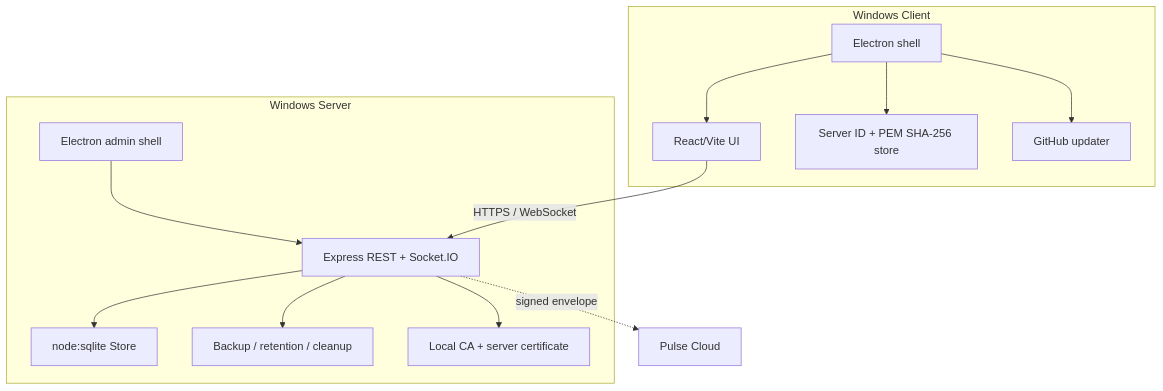
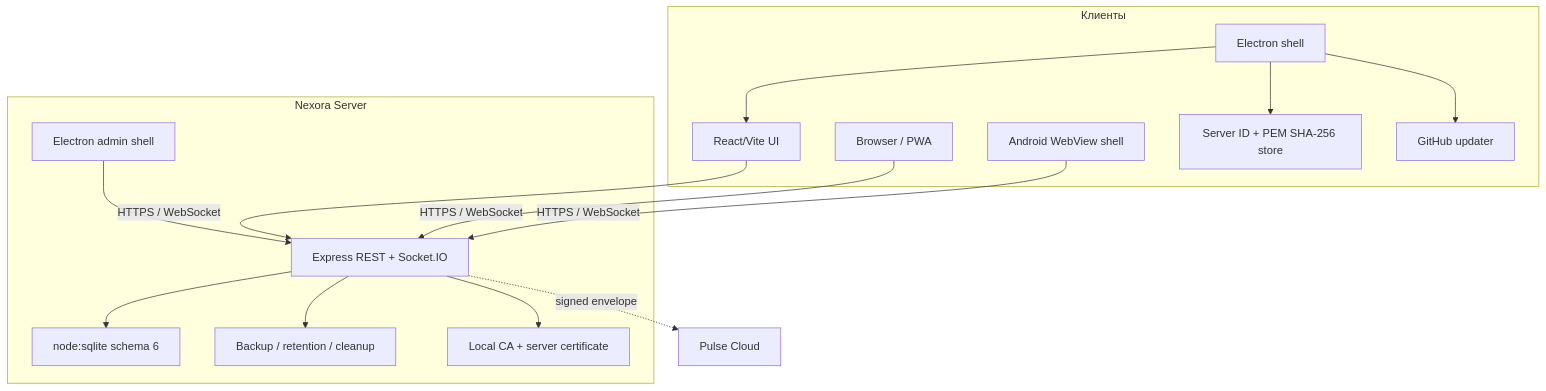
One commit to Onmaynec/Nexora changed the diagram in docs/ARCHITECTURE.md. Above: the diagram before and after it, drawn with Mermaid. The commit also changed other lines of this file and 72 other files, not shown here.

````diff
--- a/docs/ARCHITECTURE.md
+++ b/docs/ARCHITECTURE.md
@@ -5,25 +5,29 @@
 ```mermaid
 flowchart TB
-  subgraph Windows Client
+  subgraph Клиенты
     ES[Electron shell]
     UI[React/Vite UI]
+    PWA[Browser / PWA]
+    AND[Android WebView shell]
     PIN[Server ID + PEM SHA-256 store]
     UP[GitHub updater]
     ES --> UI
     ES --> PIN
     ES --> UP
   end
-  subgraph Windows Server
+  subgraph Nexora Server
     AS[Electron admin shell]
     API[Express REST + Socket.IO]
-    STORE[node:sqlite Store]
+    STORE[node:sqlite schema 6]
     MAINT[Backup / retention / cleanup]
     CERT[Local CA + server certificate]
     AS --> API
     API --> STORE
     API --> MAINT
     API --> CERT
   end
   UI -->|HTTPS / WebSocket| API
+  PWA -->|HTTPS / WebSocket| API
+  AND -->|HTTPS / WebSocket| API
   API -. signed envelope .-> CLOUD[Pulse Cloud]
 ```
````
